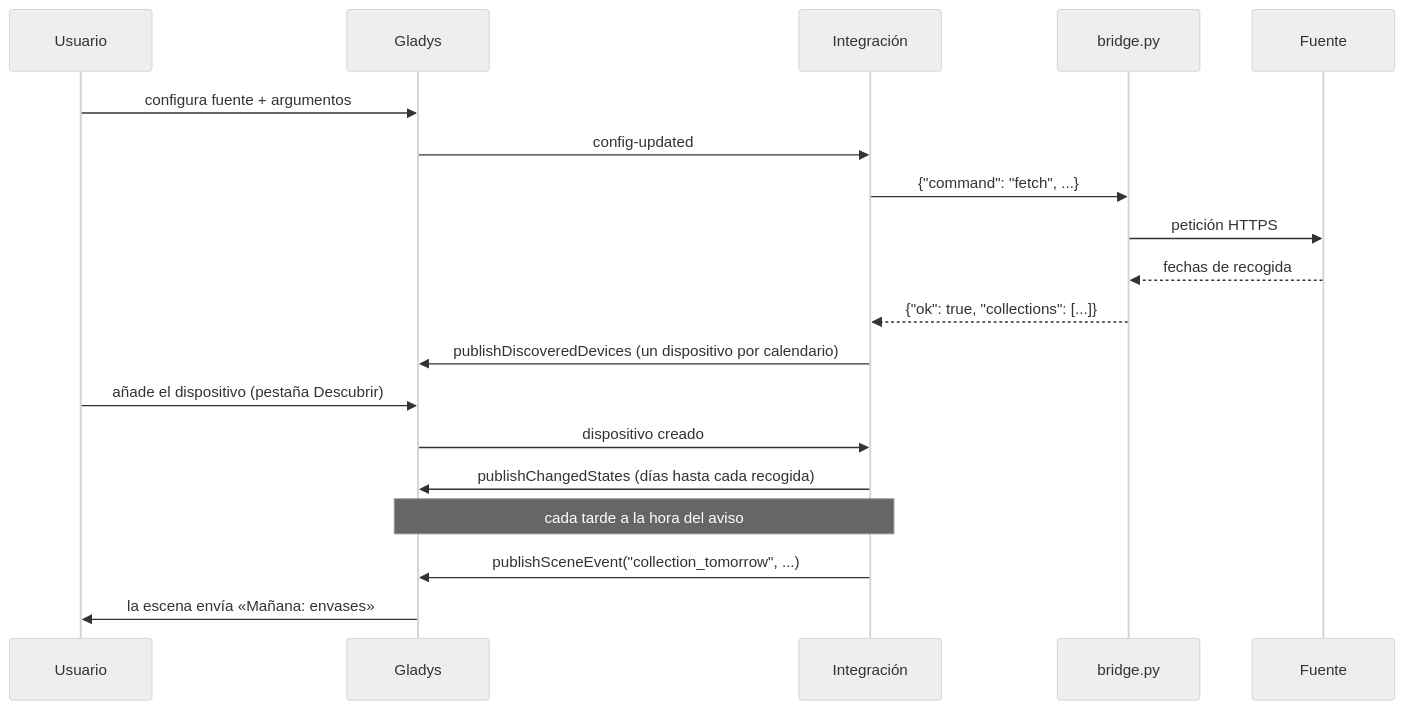
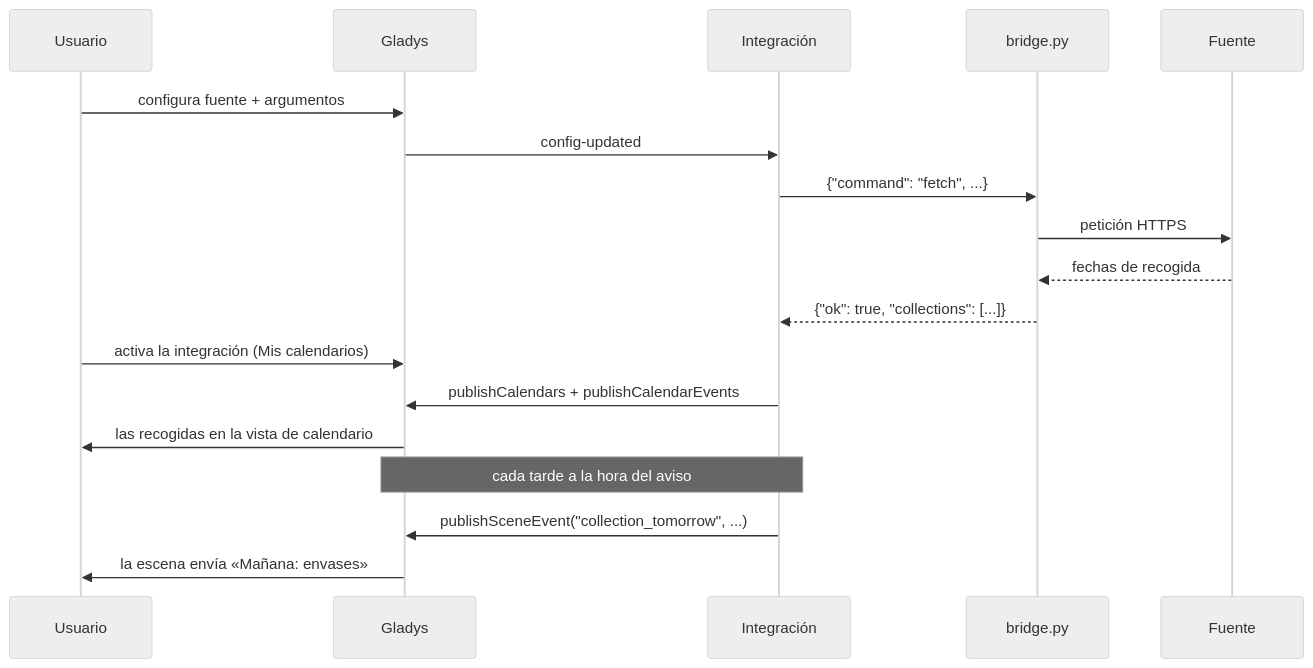
One commit to William-De71/gladys-waste-collection-schedule changed the second of 3 diagrams in README.es.md. Above: the diagram before and after it, drawn with Mermaid (neutral theme). The commit also changed other lines of this file and 24 other files, not shown here.

````diff
--- a/README.es.md
+++ b/README.es.md
@@ -52,21 +50,20 @@
 ```mermaid
 sequenceDiagram
   participant U as Usuario
   participant G as Gladys
   participant I as Integración
   participant P as bridge.py
   participant S as Fuente
   U->>G: configura fuente + argumentos
   G->>I: config-updated
   I->>P: {"command": "fetch", ...}
   P->>S: petición HTTPS
   S-->>P: fechas de recogida
   P-->>I: {"ok": true, "collections": [...]}
-  I->>G: publishDiscoveredDevices (un dispositivo por calendario)
-  U->>G: añade el dispositivo (pestaña Descubrir)
-  G->>I: dispositivo creado
-  I->>G: publishChangedStates (días hasta cada recogida)
+  U->>G: activa la integración (Mis calendarios)
+  I->>G: publishCalendars + publishCalendarEvents
+  G->>U: las recogidas en la vista de calendario
   Note over I,G: cada tarde a la hora del aviso
   I->>G: publishSceneEvent("collection_tomorrow", ...)
   G->>U: la escena envía «Mañana: envases»
 ```
````
